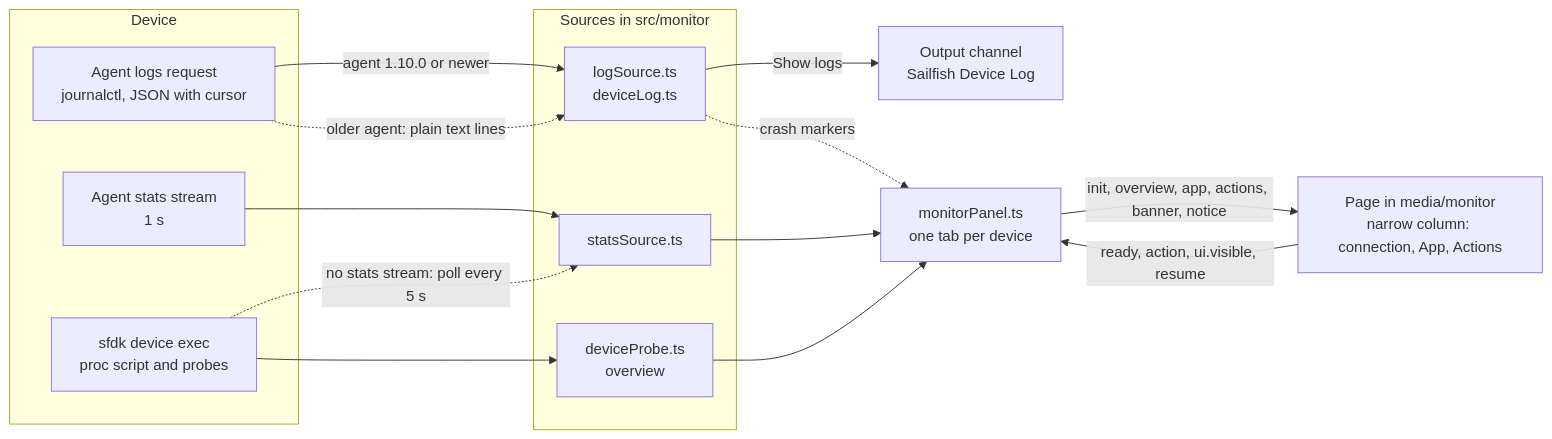
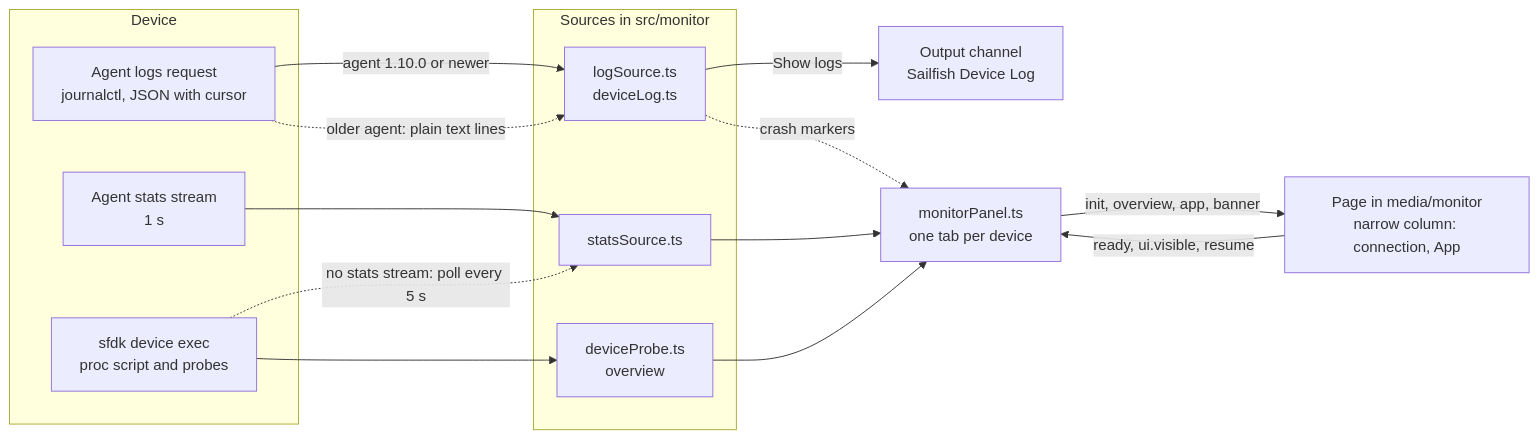
Before and after one commit to minhdangphuoc/sardina: the fourth of 4 diagrams in README.md, drawn with Mermaid. The commit also changed other lines of this file and 16 other files, not shown here.

Commit message:
Move the Device Monitor actions to the editor title bar

````diff
--- a/README.md
+++ b/README.md
@@ -261,27 +261,27 @@
 ```mermaid
 flowchart LR
   subgraph PHONE["Device"]
     AGL["Agent logs request<br/>journalctl, JSON with cursor"]
     AGS["Agent stats stream<br/>1 s"]
     SHL["sfdk device exec<br/>proc script and probes"]
   end
   subgraph SRC["Sources in src/monitor"]
     LS["logSource.ts<br/>deviceLog.ts"]
     SS["statsSource.ts"]
     DP["deviceProbe.ts<br/>overview"]
   end
   OUT["Output channel<br/>Sailfish Device Log"]
   PNL["monitorPanel.ts<br/>one tab per device"]
-  WV["Page in media/monitor<br/>narrow column: connection, App, Actions"]
+  WV["Page in media/monitor<br/>narrow column: connection, App"]
   AGL -->|"agent 1.10.0 or newer"| LS
   AGL -.->|"older agent: plain text lines"| LS
   AGS --> SS
   SHL -.->|"no stats stream: poll every 5 s"| SS
   SHL --> DP
   LS -->|"Show logs"| OUT
   LS -.->|"crash markers"| PNL
   SS --> PNL
   DP --> PNL
-  PNL -->|"init, overview, app, actions, banner, notice"| WV
-  WV -->|"ready, action, ui.visible, resume"| PNL
+  PNL -->|"init, overview, app, banner"| WV
+  WV -->|"ready, ui.visible, resume"| PNL
 ```
````
